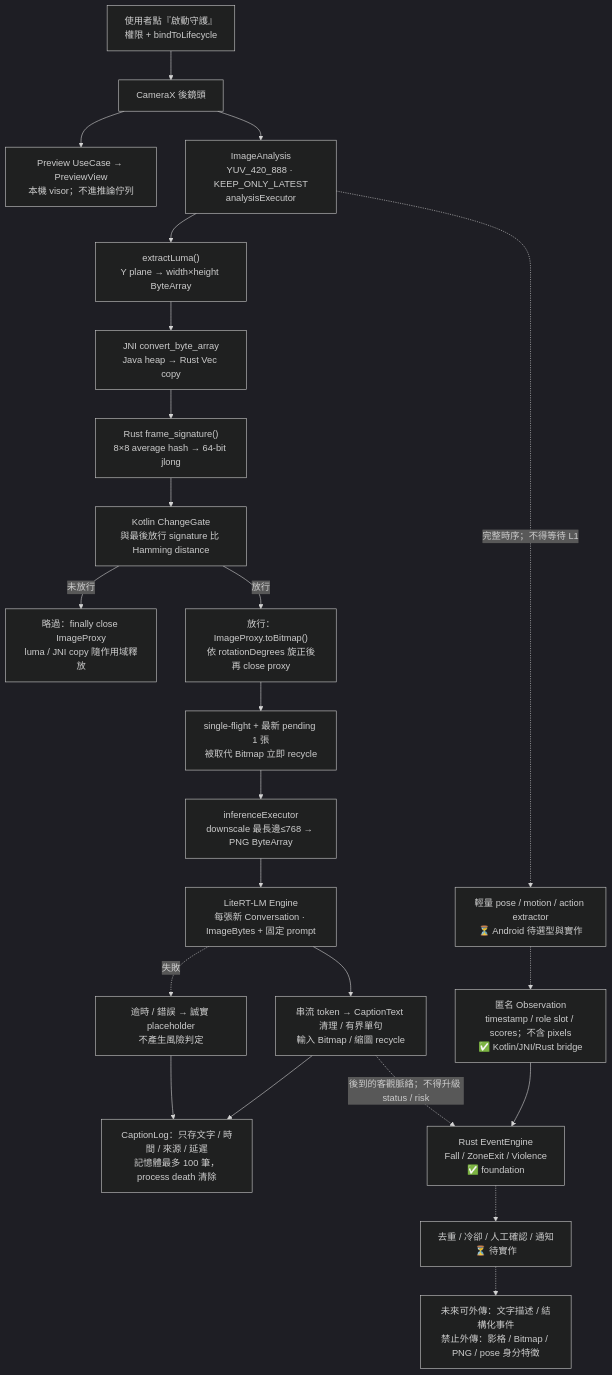
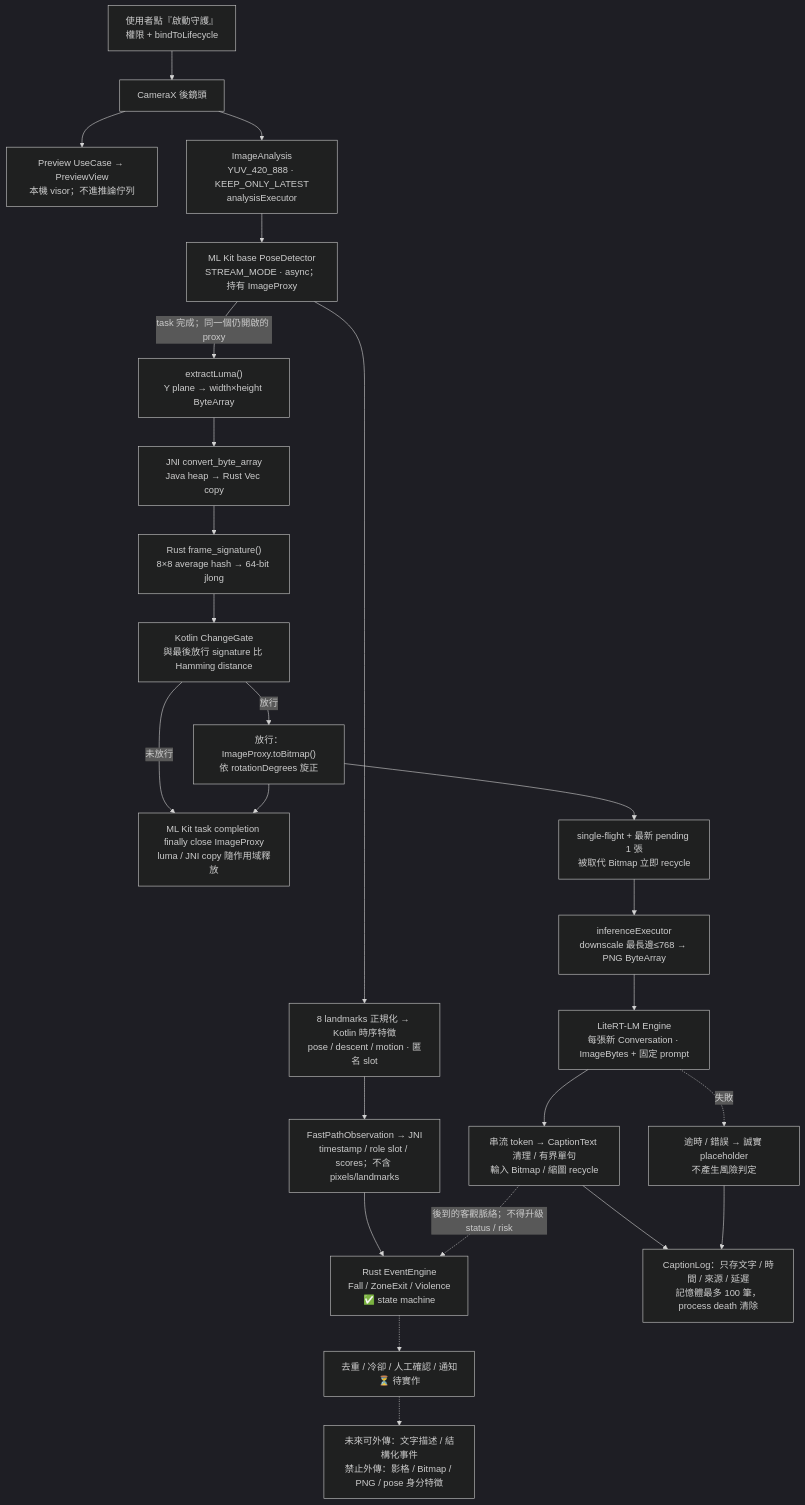
One commit to TingFengChou/claustrum changed the third of 4 diagrams in README.md. Above: the diagram before and after it, drawn with Mermaid (dark theme). The commit also changed other lines of this file and 15 other files, not shown here.

First line of the commit message:
feat(events): 接通 ML Kit 單人 pose fast path (#35)

````diff
--- a/README.md
+++ b/README.md
@@ -210,34 +213,36 @@
 ```mermaid
 flowchart TB
   START["使用者點『啟動守護』<br/>權限 + bindToLifecycle"]
   CAMERA["CameraX 後鏡頭"]
   PREVIEW["Preview UseCase → PreviewView<br/>本機 visor；不進推論佇列"]
   ANALYSIS["ImageAnalysis<br/>YUV_420_888 · KEEP_ONLY_LATEST<br/>analysisExecutor"]
+  POSE["ML Kit base PoseDetector<br/>STREAM_MODE · async；持有 ImageProxy"]
+  FEATURE["8 landmarks 正規化 → Kotlin 時序特徵<br/>pose / descent / motion · 匿名 slot"]
+  OBS["FastPathObservation → JNI<br/>timestamp / role slot / scores；不含 pixels/landmarks"]
+  L2["Rust EventEngine<br/>Fall / ZoneExit / Violence<br/>✅ state machine"]
   LUMA["extractLuma()<br/>Y plane → width×height ByteArray"]
   JNI["JNI convert_byte_array<br/>Java heap → Rust Vec copy"]
   HASH["Rust frame_signature()<br/>8×8 average hash → 64-bit jlong"]
   GATE["Kotlin ChangeGate<br/>與最後放行 signature 比 Hamming distance"]
-  CLOSE["略過：finally close ImageProxy<br/>luma / JNI copy 隨作用域釋放"]
-  COPY["放行：ImageProxy.toBitmap()<br/>依 rotationDegrees 旋正後再 close proxy"]
+  CLOSE["ML Kit task completion finally close ImageProxy<br/>luma / JNI copy 隨作用域釋放"]
+  COPY["放行：ImageProxy.toBitmap()<br/>依 rotationDegrees 旋正"]
   QUEUE["single-flight + 最新 pending 1 張<br/>被取代 Bitmap 立即 recycle"]
   PREP["inferenceExecutor<br/>downscale 最長邊≤768 → PNG ByteArray"]
   ENGINE["LiteRT-LM Engine<br/>每張新 Conversation · ImageBytes + 固定 prompt"]
   TEXT["串流 token → CaptionText 清理 / 有界單句<br/>輸入 Bitmap / 縮圖 recycle"]
   LOG["CaptionLog：只存文字 / 時間 / 來源 / 延遲<br/>記憶體最多 100 筆，process death 清除"]
   FALLBACK["逾時 / 錯誤 → 誠實 placeholder<br/>不產生風險判定"]
-  EXTRACTOR["輕量 pose / motion / action extractor<br/>⏳ Android 待選型與實作"]
-  OBS["匿名 Observation<br/>timestamp / role slot / scores；不含 pixels<br/>✅ Kotlin/JNI/Rust bridge"]
-  L2["Rust EventEngine<br/>Fall / ZoneExit / Violence<br/>✅ foundation"]
   POLICY["去重 / 冷卻 / 人工確認 / 通知<br/>⏳ 待實作"]
   ALLOWED["未來可外傳：文字描述 / 結構化事件<br/>禁止外傳：影格 / Bitmap / PNG / pose 身分特徵"]
 
   START --> CAMERA
   CAMERA --> PREVIEW
-  CAMERA --> ANALYSIS --> LUMA --> JNI --> HASH --> GATE
+  CAMERA --> ANALYSIS --> POSE --> FEATURE --> OBS --> L2
+  POSE -->|"task 完成；同一個仍開啟的 proxy"| LUMA --> JNI --> HASH --> GATE
   GATE -->|"未放行"| CLOSE
-  GATE -->|"放行"| COPY --> QUEUE --> PREP --> ENGINE --> TEXT --> LOG
+  GATE -->|"放行"| COPY --> CLOSE
+  COPY --> QUEUE --> PREP --> ENGINE --> TEXT --> LOG
   ENGINE -.->|"失敗"| FALLBACK --> LOG
-  ANALYSIS -.->|"完整時序；不得等待 L1"| EXTRACTOR
-  EXTRACTOR -.-> OBS --> L2 -.-> POLICY -.-> ALLOWED
+  L2 -.-> POLICY -.-> ALLOWED
   TEXT -.->|"後到的客觀脈絡；不得升級 status / risk"| L2
 ```
````
